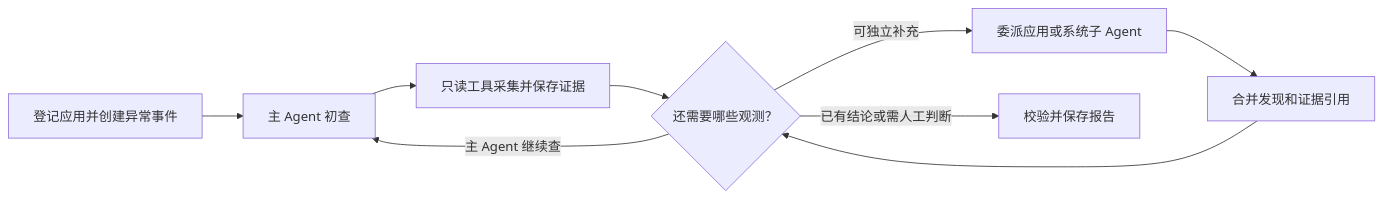
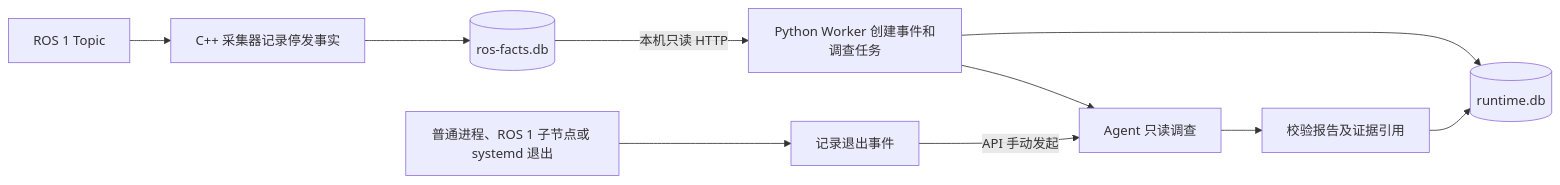
The diagram in README.md (yishian6/RobotOps), drawn with Mermaid before and after one commit. The commit also changed other lines of this file and 33 other files, not shown here.

````diff
--- a/README.md
+++ b/README.md
@@ -11,11 +17,12 @@
 ```mermaid
 flowchart LR
-    A["登记应用并创建异常事件"] --> B["主 Agent 初查"]
-    B --> C["只读工具采集并保存证据"]
-    C --> D{"还需要哪些观测？"}
-    D -->|"主 Agent 继续查"| B
-    D -->|"可独立补充"| E["委派应用或系统子 Agent"]
-    E --> F["合并发现和证据引用"]
-    F --> D
-    D -->|"已有结论或需人工判断"| G["校验并保存报告"]
+    A["ROS 1 Topic"] --> B["C++ 采集器记录停发事实"]
+    B --> F[("ros-facts.db")]
+    F -->|"本机只读 HTTP"| C["Python Worker 创建事件和调查任务"]
+    X["普通进程、ROS 1 子节点或 systemd 退出"] --> Y["记录退出事件"]
+    Y -->|"API 手动发起"| D["Agent 只读调查"]
+    C --> D
+    D --> E["校验报告及证据引用"]
+    C --> R[("runtime.db")]
+    E --> R
 ```
````
